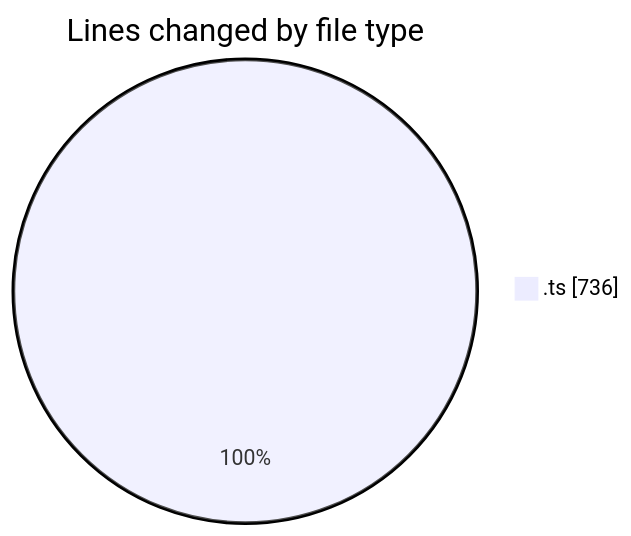
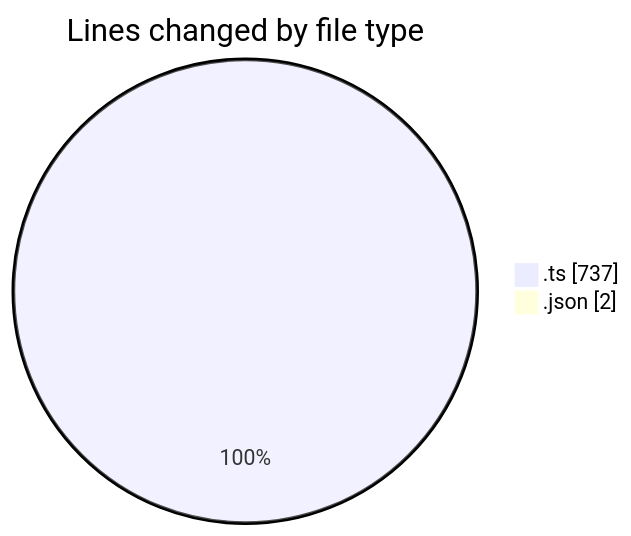
Before and after one commit to tmsrecording-cyber/code-tracking: the first of 2 diagrams in 2026-02-03/singularitybrainai/README.md, drawn with Mermaid. The commit also changed other lines of this file and 1 other file, not shown here.

````diff
--- a/2026-02-03/singularitybrainai/README.md
+++ b/2026-02-03/singularitybrainai/README.md
@@ -21,5 +22,6 @@
 ```mermaid
 pie showData
 title Lines changed by file type
-".ts" : 736
+".ts" : 737
+".json" : 2
 ```
````
